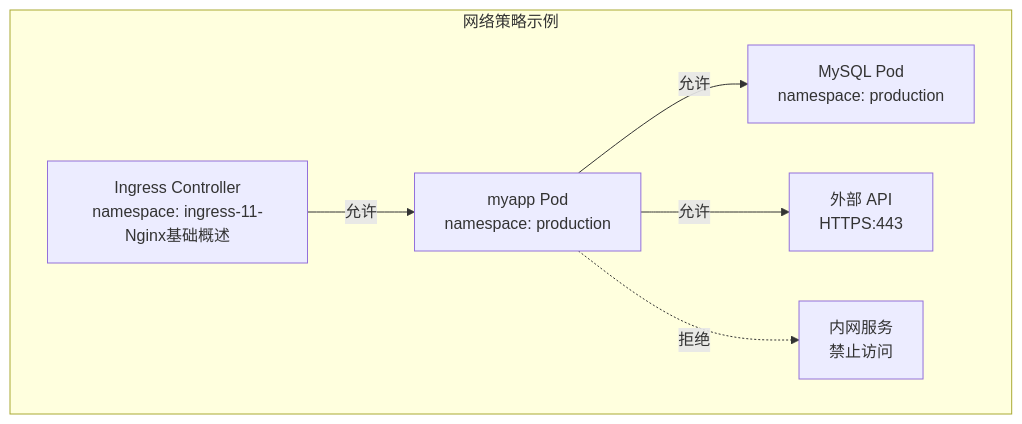
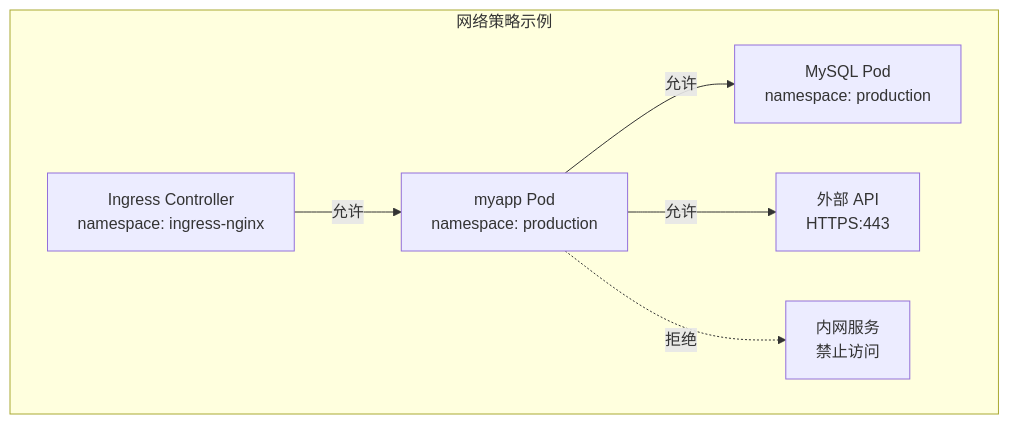
Before and after one commit to zhangzhengyang27/tech-codex: diagram 19 of 22 in docs/01-Java/03-核心框架/06-SpringBoot/17-Docker容器化部署.md, drawn with Mermaid. The commit also changed other lines of this file and 1034 other files, not shown here.

Commit message:
剩余 8 目录流水线治理:12-运维 nginx 替换事故全站回滚(1131 处)+K8s/Django 过时横幅 43 篇+运维平台 3 篇合一;架构目录 568 断图清理+虚构版本事实修订(Consul 2.0/containerd LTS/K8s 代号)+六组重复主题 18 张分工卡;next.config 68 条 cs-basics 重定向修复+许式伟 5 处断链;09-管理 v2 摘要头 310 篇清理+OKR 三套合一+访谈稿 60 篇合 11 汇编+文案高手降权;学习目标脚本清理 339 处+散文话术 306 处

````diff
--- a/docs/01-Java/03-核心框架/06-SpringBoot/17-Docker容器化部署.md
+++ b/docs/01-Java/03-核心框架/06-SpringBoot/17-Docker容器化部署.md
@@ -2650,15 +2650,15 @@
 ```mermaid
 graph TB
     subgraph "网络策略示例"
-        Ingress["Ingress Controller<br/>namespace: ingress-11-Nginx基础概述"]
+        Ingress["Ingress Controller<br/>namespace: ingress-nginx"]
         App["myapp Pod<br/>namespace: production"]
         MySQL["MySQL Pod<br/>namespace: production"]
         External["外部 API<br/>HTTPS:443"]
         Internal["内网服务<br/>禁止访问"]
         
         Ingress -->|"允许"| App
         App -->|"允许"| MySQL
         App -->|"允许"| External
         App -.->|"拒绝"| Internal
     end
 ```
````
